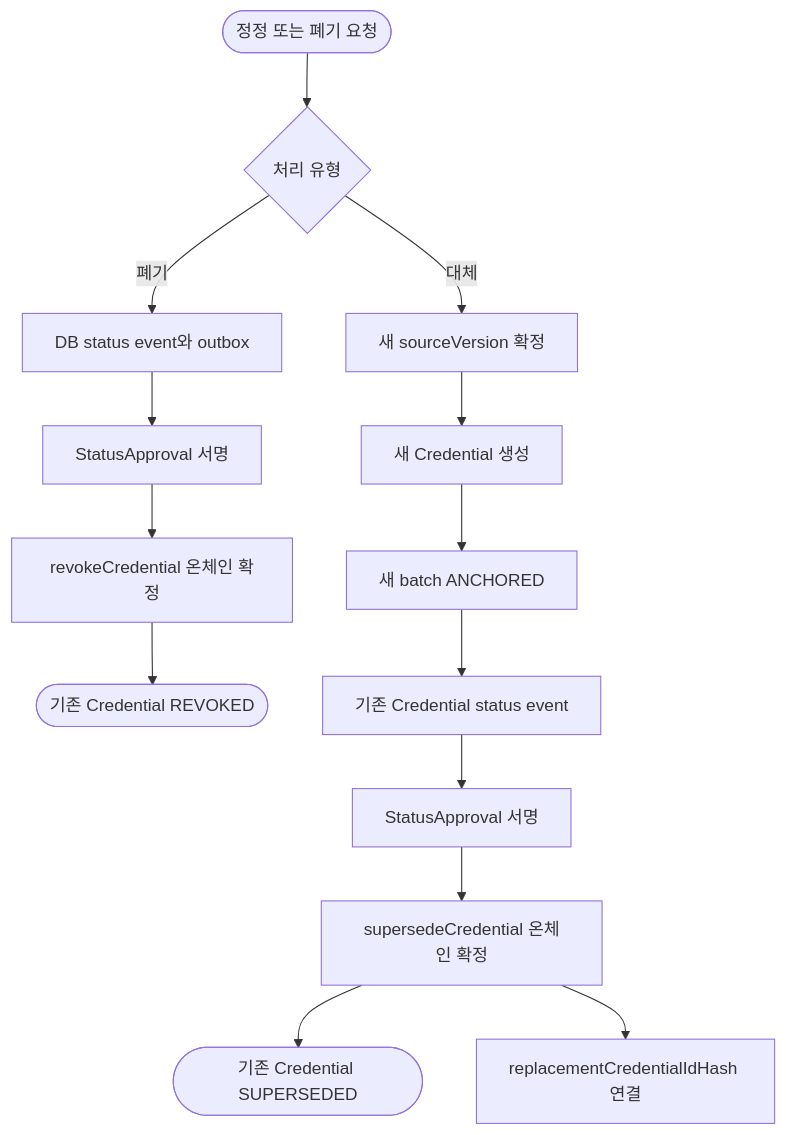
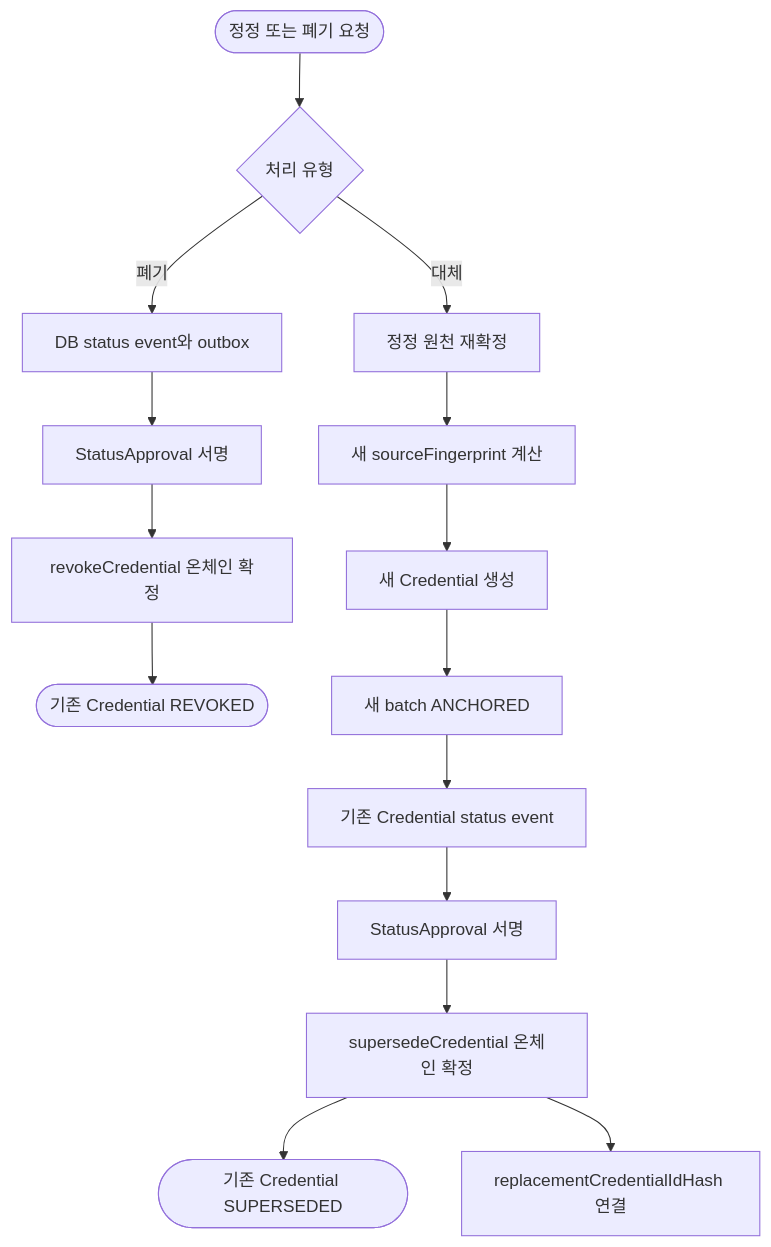
Before and after one commit to Tok-Baro/Trekkey_BackEnd: diagram 18 of 22 in docs/architecture-diagrams.md, drawn with Mermaid. The commit also changed other lines of this file and 5 other files, not shown here.

````diff
--- a/docs/architecture-diagrams.md
+++ b/docs/architecture-diagrams.md
@@ -486,18 +488,19 @@
 ```mermaid
 flowchart TD
     changeRequest(["정정 또는 폐기 요청"]) --> action{"처리 유형"}
 
     action -->|"폐기"| revokeEvent["DB status event와 outbox"]
     revokeEvent --> revokeSign["StatusApproval 서명"]
     revokeSign --> revokeChain["revokeCredential 온체인 확정"]
     revokeChain --> revokedState(["기존 Credential REVOKED"])
 
-    action -->|"대체"| sourceVersion["새 sourceVersion 확정"]
-    sourceVersion --> newCredential["새 Credential 생성"]
+    action -->|"대체"| correctedSource["정정 원천 재확정"]
+    correctedSource --> fingerprint["새 sourceFingerprint 계산"]
+    fingerprint --> newCredential["새 Credential 생성"]
     newCredential --> newAnchor["새 batch ANCHORED"]
     newAnchor --> supersedeEvent["기존 Credential status event"]
     supersedeEvent --> supersedeSign["StatusApproval 서명"]
     supersedeSign --> supersedeChain["supersedeCredential 온체인 확정"]
     supersedeChain --> oldState(["기존 Credential SUPERSEDED"])
     supersedeChain --> replacement["replacementCredentialIdHash 연결"]
 ```
````
